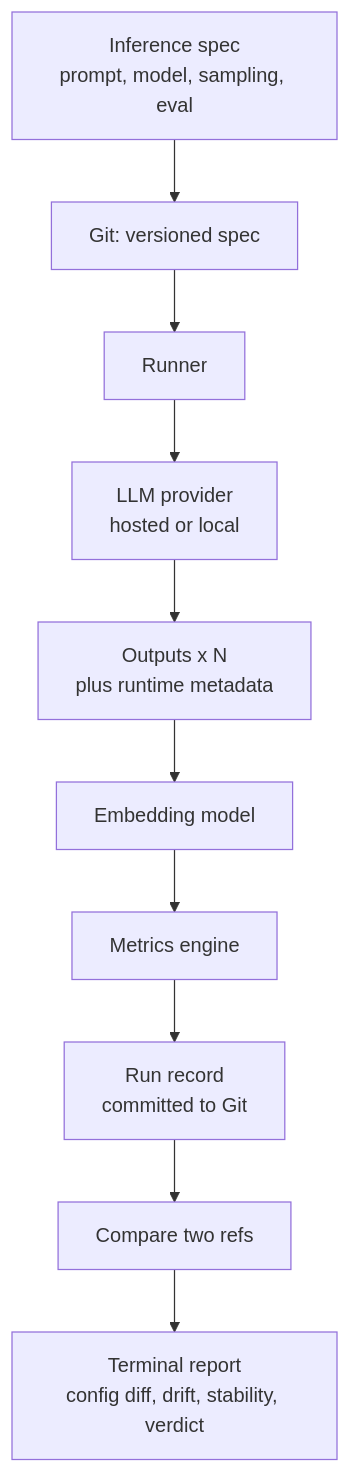
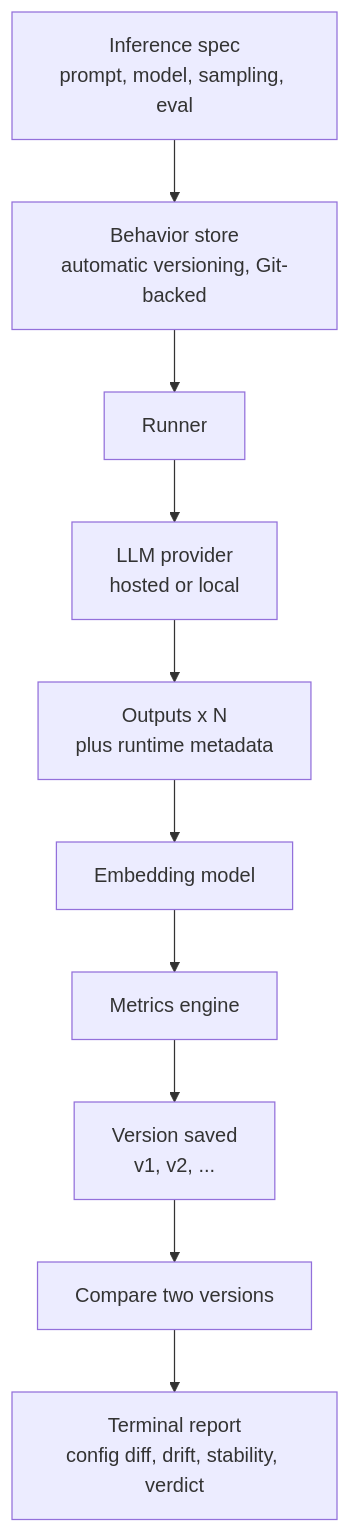
One commit to theflyingrahul/dow changed the first of 3 diagrams in PROJECT_PLAN.md. Above: the diagram before and after it, drawn with Mermaid. The commit also changed other lines of this file and 5 other files, not shown here.

````diff
--- a/PROJECT_PLAN.md
+++ b/PROJECT_PLAN.md
@@ -39,12 +39,12 @@
 ```mermaid
 flowchart TD
-    A["Inference spec<br/>prompt, model, sampling, eval"] --> B["Git: versioned spec"]
+    A["Inference spec<br/>prompt, model, sampling, eval"] --> B["Behavior store<br/>automatic versioning, Git-backed"]
     B --> C["Runner"]
     C --> D["LLM provider<br/>hosted or local"]
     D --> E["Outputs x N<br/>plus runtime metadata"]
     E --> F["Embedding model"]
     F --> G["Metrics engine"]
-    G --> H["Run record<br/>committed to Git"]
-    H --> I["Compare two refs"]
+    G --> H["Version saved<br/>v1, v2, ..."]
+    H --> I["Compare two versions"]
     I --> J["Terminal report<br/>config diff, drift, stability, verdict"]
 ```
````
